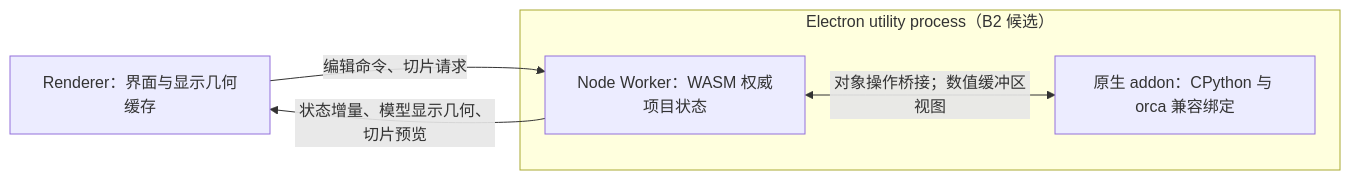
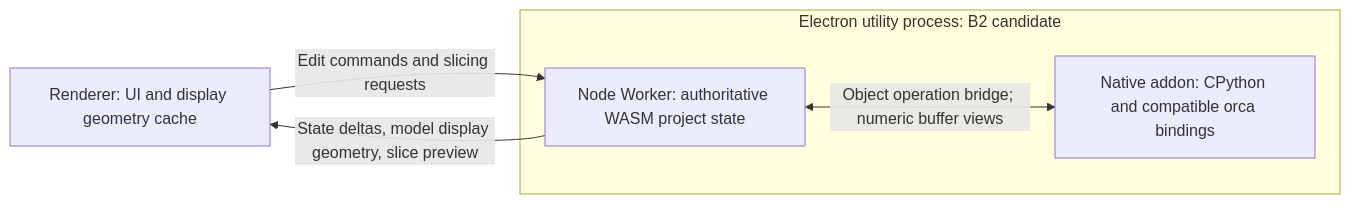
Before and after one commit to Noisyfox/OrcaSlicerNeo: the diagram in spec/Native Python Plugin Architecture.md, drawn with Mermaid. The commit also changed other lines of this file and 2 other files, not shown here.

Commit message:
docs: use English for plugin architecture specification

````diff
--- a/spec/Native Python Plugin Architecture.md
+++ b/spec/Native Python Plugin Architecture.md
@@ -76,11 +94,11 @@
 ```mermaid
 flowchart LR
-    R["Renderer：界面与显示几何缓存"]
-    subgraph U["Electron utility process（B2 候选）"]
-        W["Node Worker：WASM 权威项目状态"]
-        P["原生 addon：CPython 与 orca 兼容绑定"]
-        W <-->|"对象操作桥接；数值缓冲区视图"| P
+    R["Renderer: UI and display geometry cache"]
+    subgraph U["Electron utility process: B2 candidate"]
+        W["Node Worker: authoritative WASM project state"]
+        P["Native addon: CPython and compatible orca bindings"]
+        W <-->|"Object operation bridge; numeric buffer views"| P
     end
-    R -->|"编辑命令、切片请求"| W
-    W -->|"状态增量、模型显示几何、切片预览"| R
+    R -->|"Edit commands and slicing requests"| W
+    W -->|"State deltas, model display geometry, slice preview"| R
 ```
````
